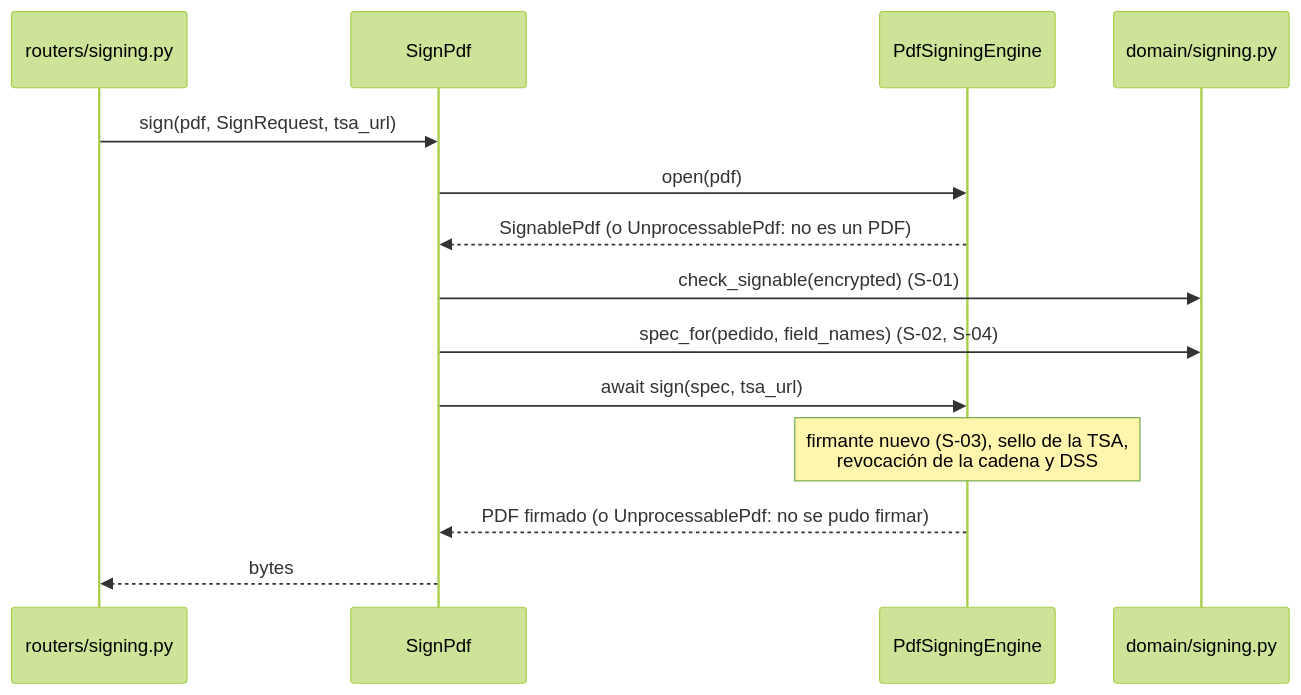
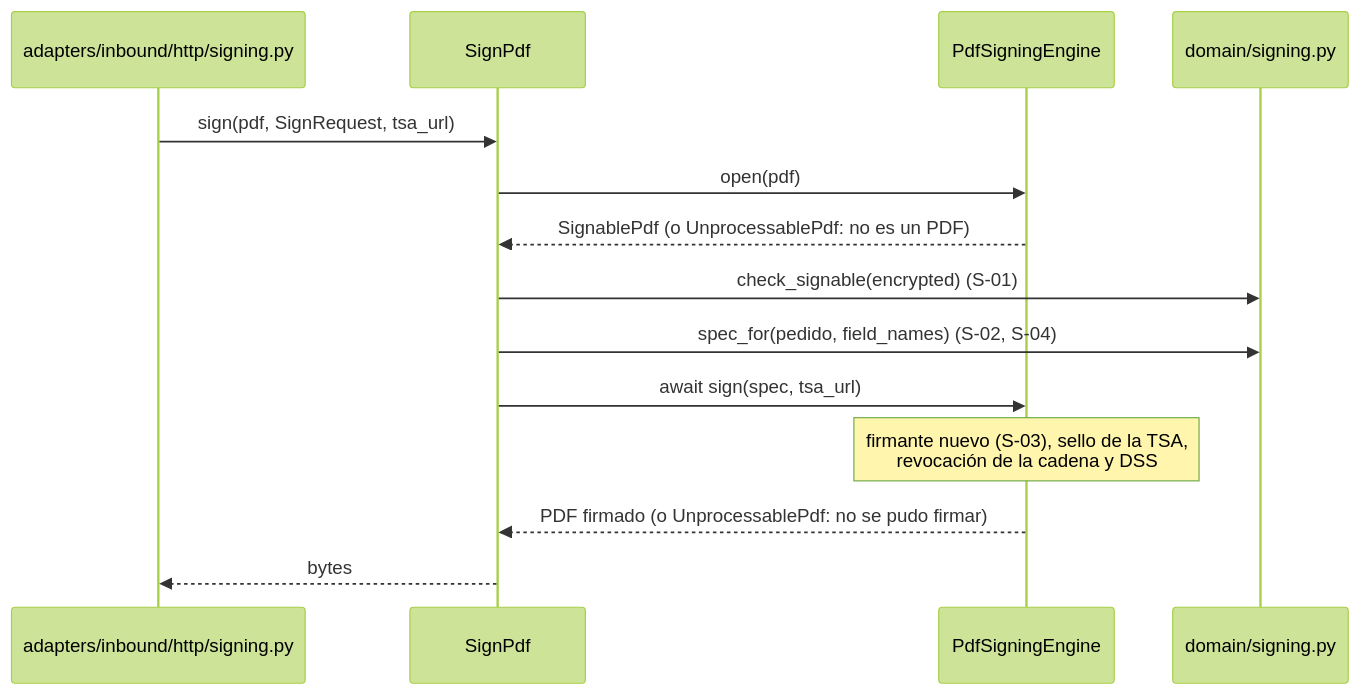
One commit to EzeSosa/pades-lt-poc changed the fifth of 5 diagrams in docs/arquitectura/casos-de-uso.md. Above: the diagram before and after it, drawn with Mermaid (forest theme). The commit also changed other lines of this file and 19 other files, not shown here.

````diff
--- a/docs/arquitectura/casos-de-uso.md
+++ b/docs/arquitectura/casos-de-uso.md
@@ -229,16 +227,16 @@
 ```mermaid
 sequenceDiagram
-    participant R as routers/signing.py
+    participant R as adapters/inbound/http/signing.py
     participant U as SignPdf
     participant E as PdfSigningEngine
     participant D as domain/signing.py
     R->>U: sign(pdf, SignRequest, tsa_url)
     U->>E: open(pdf)
     E-->>U: SignablePdf  (o UnprocessablePdf: no es un PDF)
     U->>D: check_signable(encrypted)  (S-01)
     U->>D: spec_for(pedido, field_names)  (S-02, S-04)
     U->>E: await sign(spec, tsa_url)
     Note over E: firmante nuevo (S-03), sello de la TSA,<br/>revocación de la cadena y DSS
     E-->>U: PDF firmado  (o UnprocessablePdf: no se pudo firmar)
     U-->>R: bytes
 ```
````
